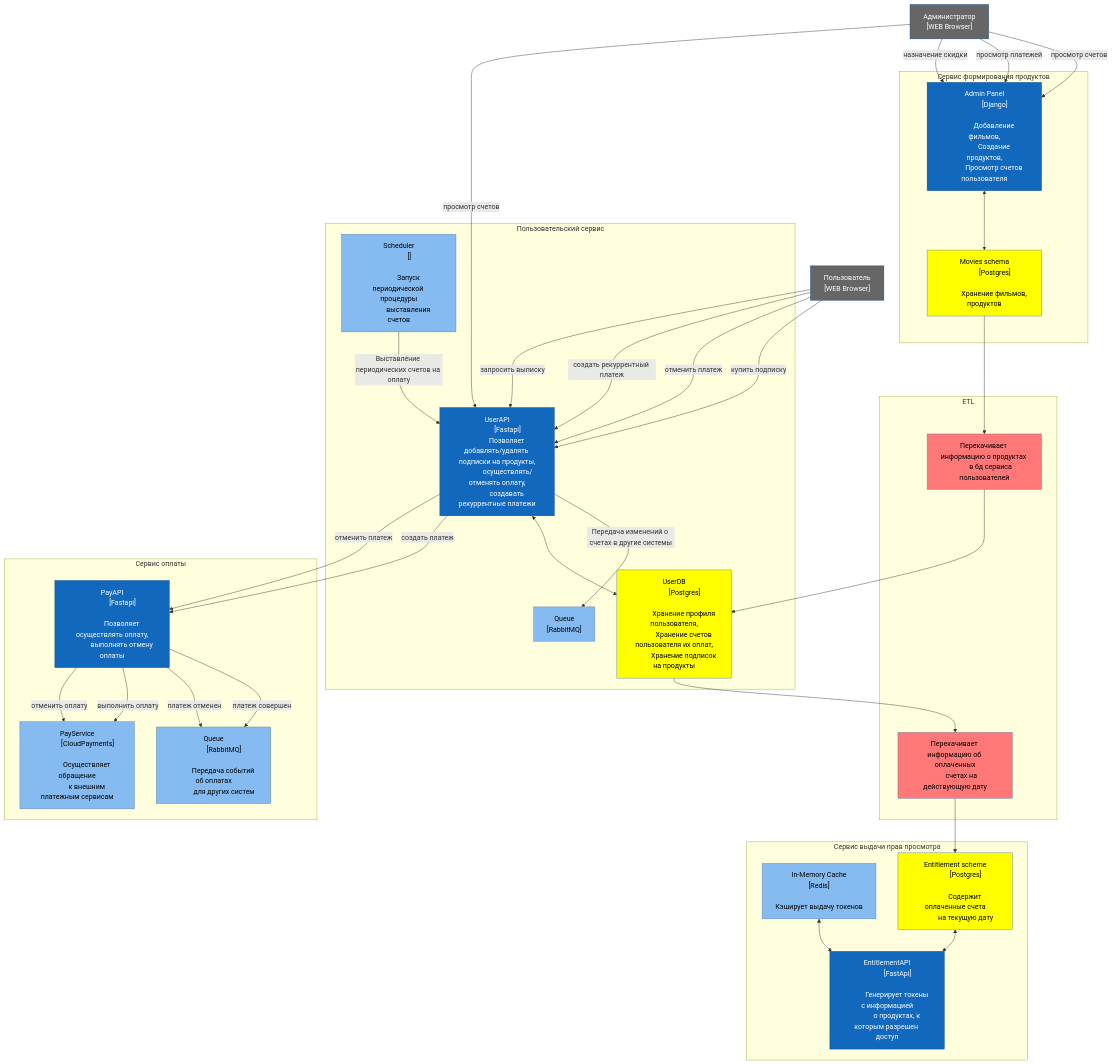
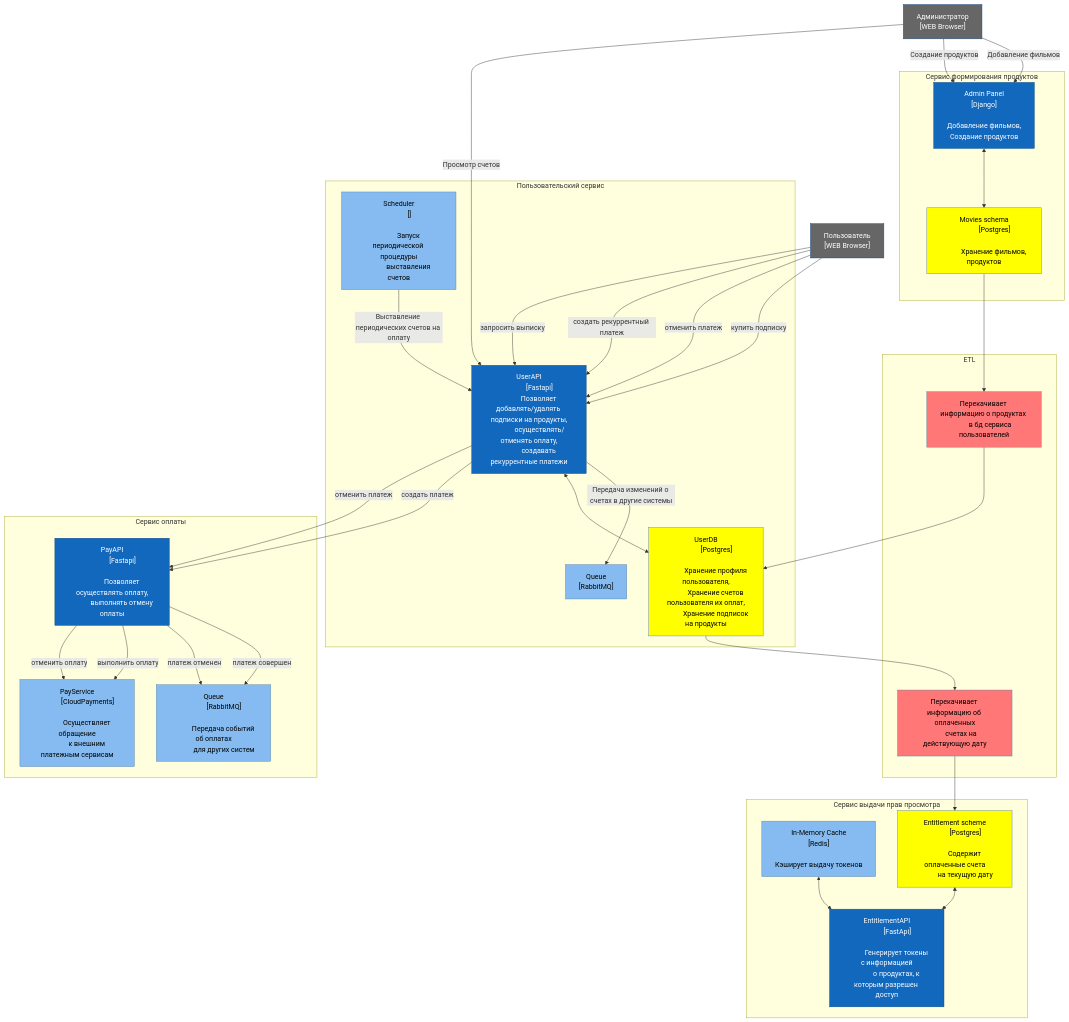
The diagram in architecture/components.md (fall3nangel/Billing_Stripe), drawn with Mermaid before and after one commit.

Commit message:
fix django admin

```diff
--- a/architecture/components.md
+++ b/architecture/components.md
@@ -33,8 +33,7 @@
             [Django]
             
             Добавление фильмов,
-            Создание продуктов,
-            Просмотр счетов пользователя"]
+            Создание продуктов"]
         
         MovieDB["Movies schema
             [Postgres]
@@ -129,10 +128,9 @@
     Client--"создать рекуррентный платеж"-->UserAPI
     Client--"запросить выписку"-->UserAPI
 
-    Admin--"просмотр счетов"-->AdminPanel
-    Admin--"просмотр платежей"-->AdminPanel
-    Admin--"назначение скидки"-->AdminPanel
-    Admin--"просмотр счетов"-->UserAPI
+    Admin--"Добавление фильмов"-->AdminPanel
+    Admin--"Создание продуктов"-->AdminPanel
+    Admin--"Просмотр счетов"-->UserAPI
         
     UserAPI--"создать платеж"-->PayAPI
     UserAPI--"отменить платеж"-->PayAPI
```
